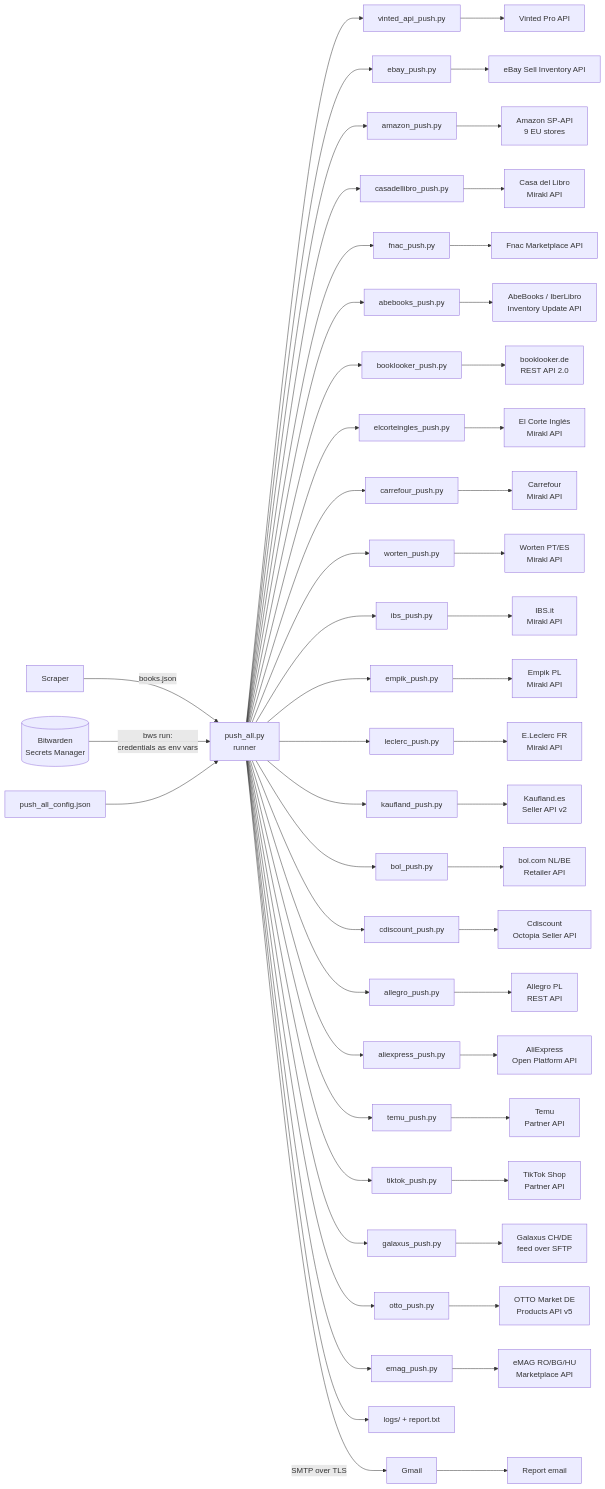
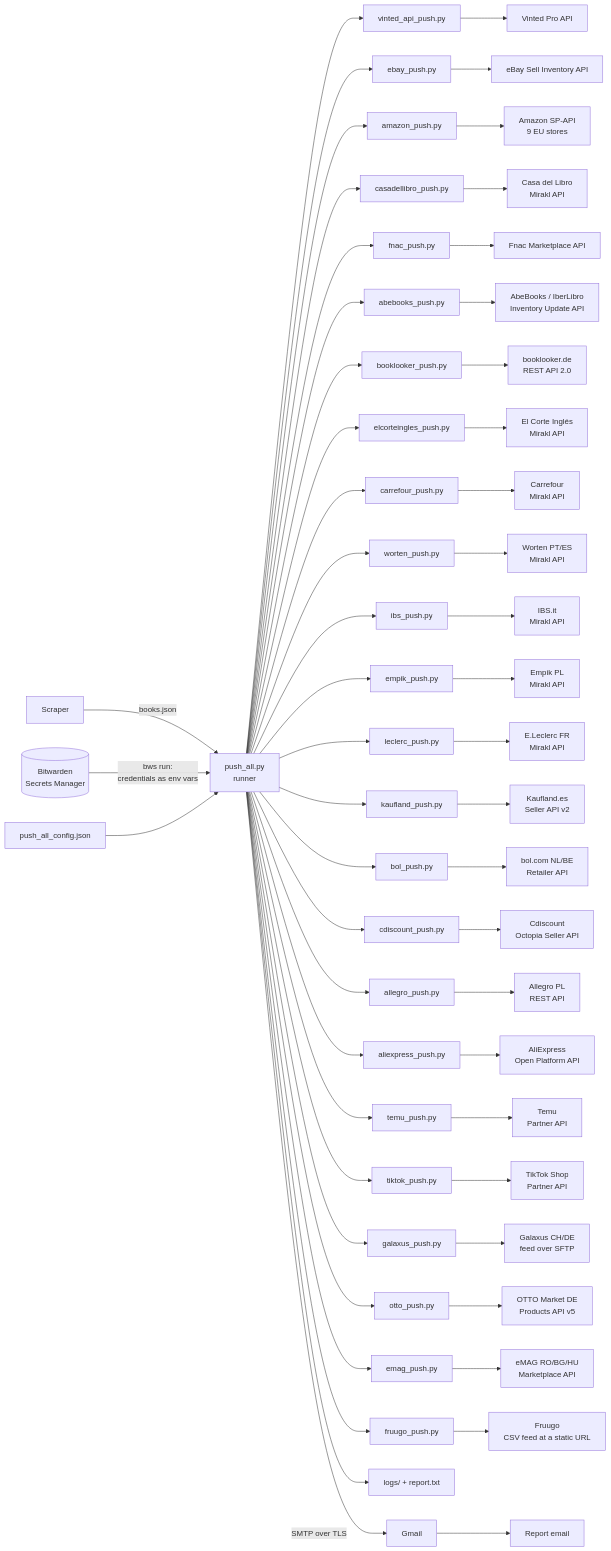
One commit to DavisGalla/products-api-push changed the diagram in docs/architecture.md. Above: the diagram before and after it, drawn with Mermaid. The commit also changed other lines of this file and 15 other files, not shown here.

````diff
--- a/docs/architecture.md
+++ b/docs/architecture.md
@@ -29,31 +29,32 @@
 ```mermaid
 flowchart LR
     S[Scraper] -->|books.json| R
     BW[(Bitwarden<br>Secrets Manager)] -->|bws run:<br>credentials as env vars| R
     C[push_all_config.json] --> R
     R[push_all.py<br>runner] --> V[vinted_api_push.py] --> VA[Vinted Pro API]
     R --> E[ebay_push.py] --> EA[eBay Sell Inventory API]
     R --> A[amazon_push.py] --> AA[Amazon SP-API<br>9 EU stores]
     R --> CL[casadellibro_push.py] --> CLA[Casa del Libro<br>Mirakl API]
     R --> F[fnac_push.py] --> FA[Fnac Marketplace API]
     R --> AB[abebooks_push.py] --> ABA[AbeBooks / IberLibro<br>Inventory Update API]
     R --> BL[booklooker_push.py] --> BLA[booklooker.de<br>REST API 2.0]
     R --> EC[elcorteingles_push.py] --> ECA[El Corte Inglés<br>Mirakl API]
     R --> CF[carrefour_push.py] --> CFA[Carrefour<br>Mirakl API]
     R --> W[worten_push.py] --> WA[Worten PT/ES<br>Mirakl API]
     R --> IB[ibs_push.py] --> IBA[IBS.it<br>Mirakl API]
     R --> EM[empik_push.py] --> EMA[Empik PL<br>Mirakl API]
     R --> LE[leclerc_push.py] --> LEA[E.Leclerc FR<br>Mirakl API]
     R --> K[kaufland_push.py] --> KA[Kaufland.es<br>Seller API v2]
     R --> BO[bol_push.py] --> BOA[bol.com NL/BE<br>Retailer API]
     R --> CD[cdiscount_push.py] --> CDA[Cdiscount<br>Octopia Seller API]
     R --> AL[allegro_push.py] --> ALA[Allegro PL<br>REST API]
     R --> AE[aliexpress_push.py] --> AEA[AliExpress<br>Open Platform API]
     R --> TM[temu_push.py] --> TMA[Temu<br>Partner API]
     R --> TT[tiktok_push.py] --> TTA[TikTok Shop<br>Partner API]
     R --> GX[galaxus_push.py] --> GXA[Galaxus CH/DE<br>feed over SFTP]
     R --> OT[otto_push.py] --> OTA[OTTO Market DE<br>Products API v5]
     R --> EG[emag_push.py] --> EGA[eMAG RO/BG/HU<br>Marketplace API]
+    R --> FR[fruugo_push.py] --> FRA[Fruugo<br>CSV feed at a static URL]
     R --> L[logs/ + report.txt]
     R -->|SMTP over TLS| G[Gmail] --> M[Report email]
 ```
````
